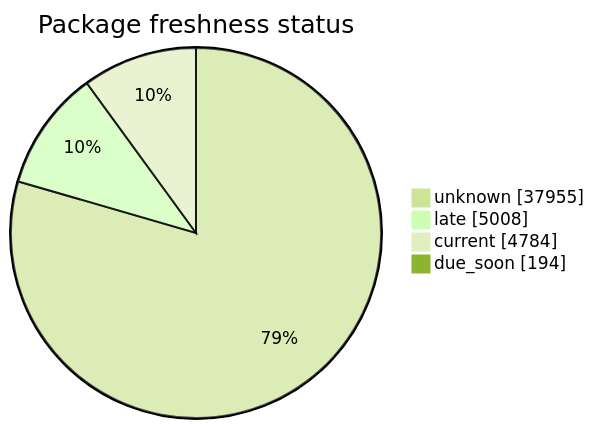
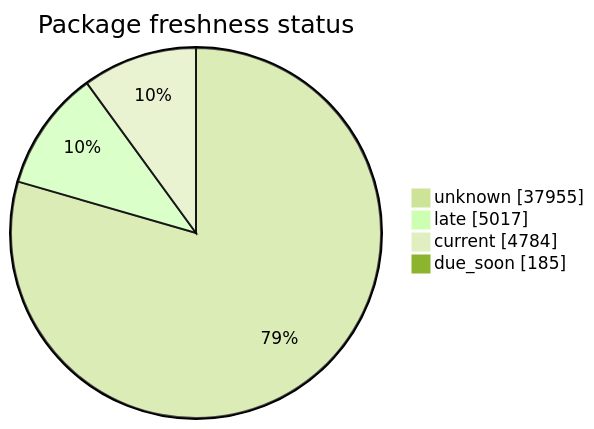
One commit to open-data/analytics-corporate-reporting changed the second of 5 diagrams in FreshCheck/README.md. Above: the diagram before and after it, drawn with Mermaid (forest theme). The commit also changed other lines of this file and 3 other files, not shown here.

````diff
--- a/FreshCheck/README.md
+++ b/FreshCheck/README.md
@@ -68,7 +68,7 @@
 ```mermaid
 pie showData title Package freshness status
     "unknown": 37955
-    "late": 5008
+    "late": 5017
     "current": 4784
-    "due_soon": 194
+    "due_soon": 185
 ```
````
